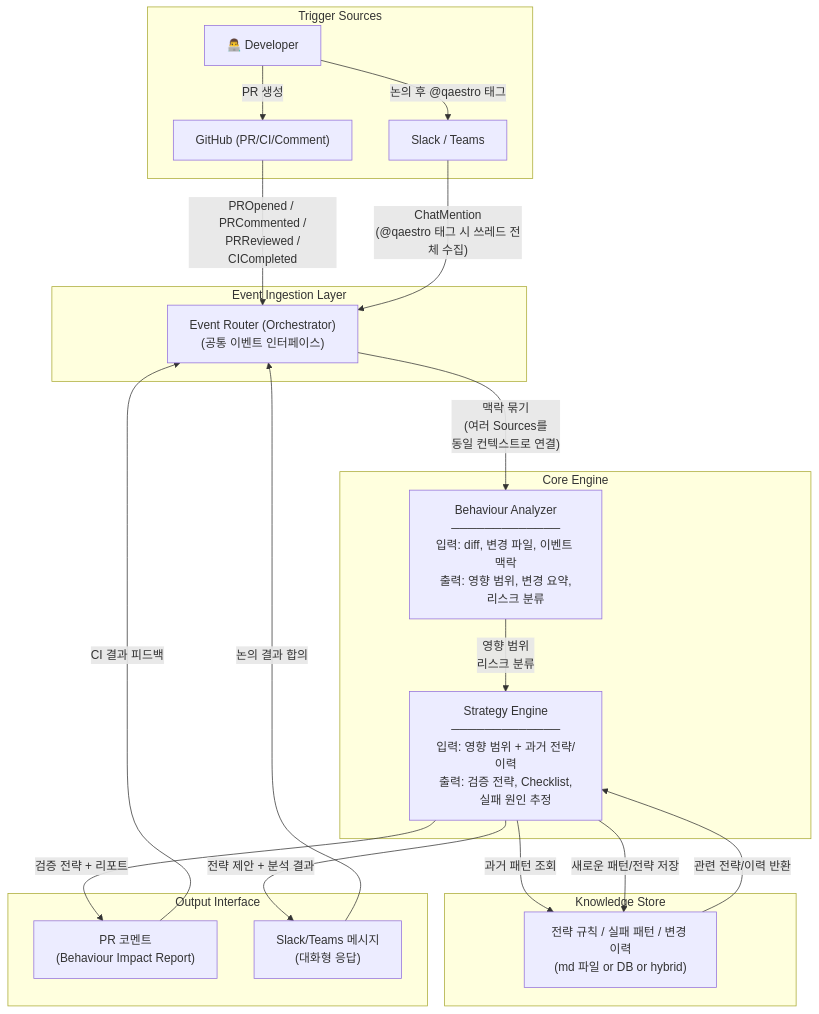
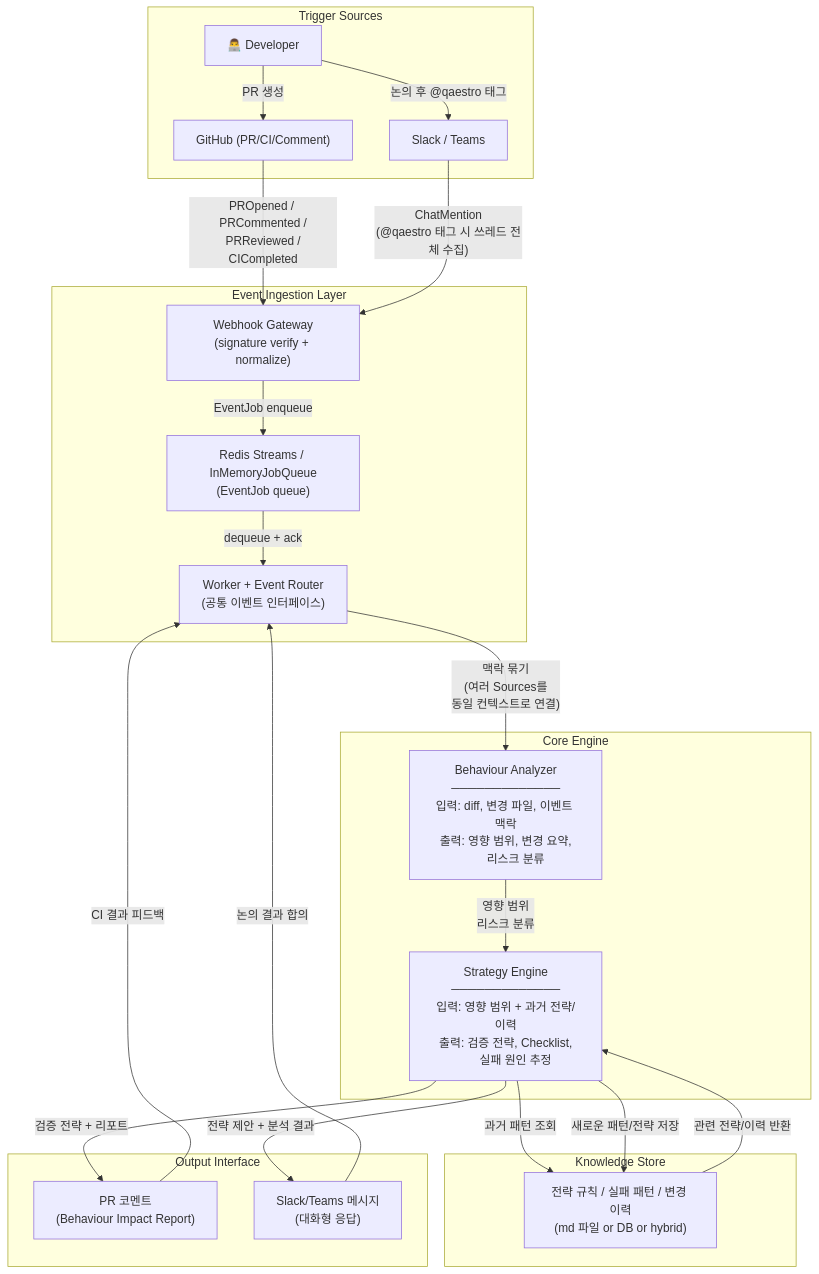
The diagram in docs/ARCHITECTURE.md (Kimcheolhui/qaestro), drawn with Mermaid before and after one commit. The commit also changed other lines of this file and 23 other files, not shown here.

First line of the commit message:
feat(app): add Redis Streams job queue (#35)

````diff
--- a/docs/ARCHITECTURE.md
+++ b/docs/ARCHITECTURE.md
@@ -9,46 +9,50 @@
 ```mermaid
 flowchart TB
     subgraph Trigger Sources
         DEV["👨‍💻 Developer"]
         GH["GitHub (PR/CI/Comment)"]
         CHAT["Slack / Teams"]
     end
 
     subgraph Event Ingestion Layer
-        EI["Event Router (Orchestrator)<br/>(공통 이벤트 인터페이스)"]
+        GW["Webhook Gateway<br/>(signature verify + normalize)"]
+        Q["Redis Streams / InMemoryJobQueue<br/>(EventJob queue)"]
+        EI["Worker + Event Router<br/>(공통 이벤트 인터페이스)"]
     end
 
     subgraph Core Engine
         BA["Behaviour Analyzer<br/>─────────────<br/>입력: diff, 변경 파일, 이벤트 맥락<br/>출력: 영향 범위, 변경 요약,<br/>      리스크 분류"]
         SE["Strategy Engine<br/>─────────────<br/>입력: 영향 범위 + 과거 전략/이력<br/>출력: 검증 전략, Checklist,<br/>      실패 원인 추정"]
     end
 
     subgraph Knowledge Store
         KS["전략 규칙 / 실패 패턴 / 변경 이력<br/>(md 파일 or DB or hybrid)"]
     end
 
     subgraph Output Interface
         PR_OUT["PR 코멘트<br/>(Behaviour Impact Report)"]
         CHAT_OUT["Slack/Teams 메시지<br/>(대화형 응답)"]
     end
 
     DEV -->|"논의 후 @qaestro 태그"| CHAT
     DEV -->|"PR 생성"| GH
 
-    GH -->|"PROpened / PRCommented /<br/> PRReviewed / CICompleted"| EI
-    CHAT -->|"ChatMention<br/>(@qaestro 태그 시 쓰레드 전체 수집)"| EI
+    GH -->|"PROpened / PRCommented /<br/> PRReviewed / CICompleted"| GW
+    CHAT -->|"ChatMention<br/>(@qaestro 태그 시 쓰레드 전체 수집)"| GW
+    GW -->|"EventJob enqueue"| Q
+    Q -->|"dequeue + ack"| EI
 
     EI -->|"맥락 묶기<br/>(여러 Sources를 <br/>동일 컨텍스트로 연결)"| BA
 
     BA -->|"영향 범위<br/>리스크 분류"| SE
     SE -->|"과거 패턴 조회"| KS
     KS -->|"관련 전략/이력 반환"| SE
 
     SE -->|"검증 전략 + 리포트"| PR_OUT
     SE -->|"전략 제안 + 분석 결과"| CHAT_OUT
 
     PR_OUT -->|"CI 결과 피드백"| EI
     CHAT_OUT -->|"논의 결과 합의"| EI
 
     SE -->|"새로운 패턴/전략 저장"| KS
 ```
````
